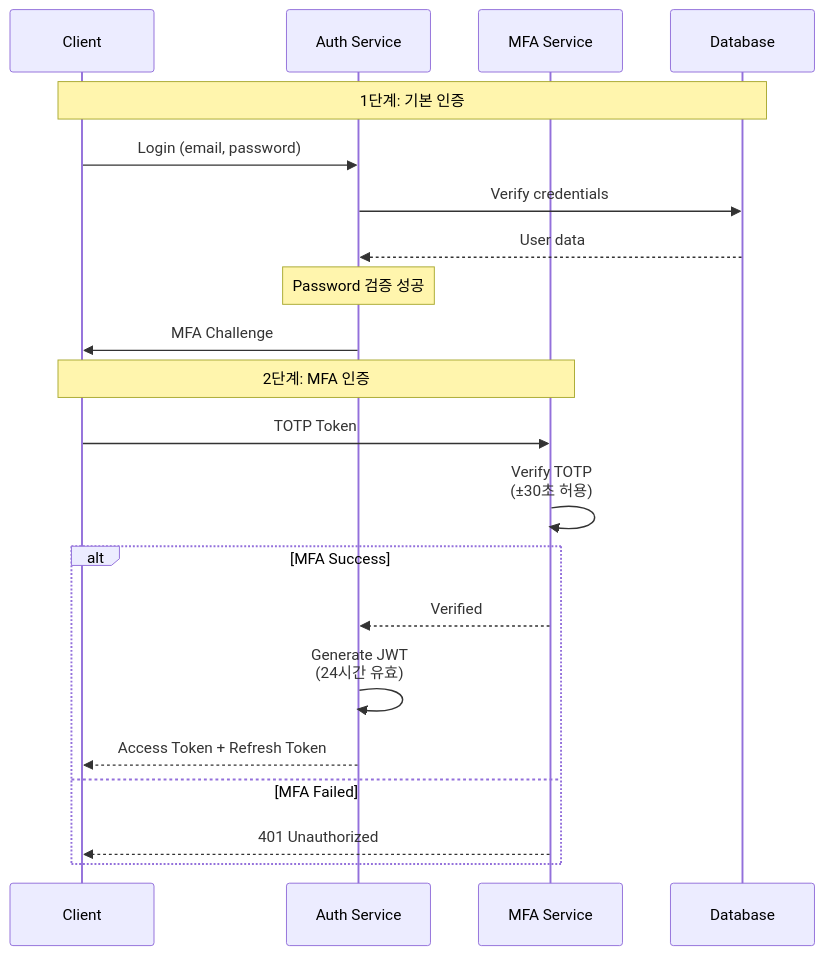
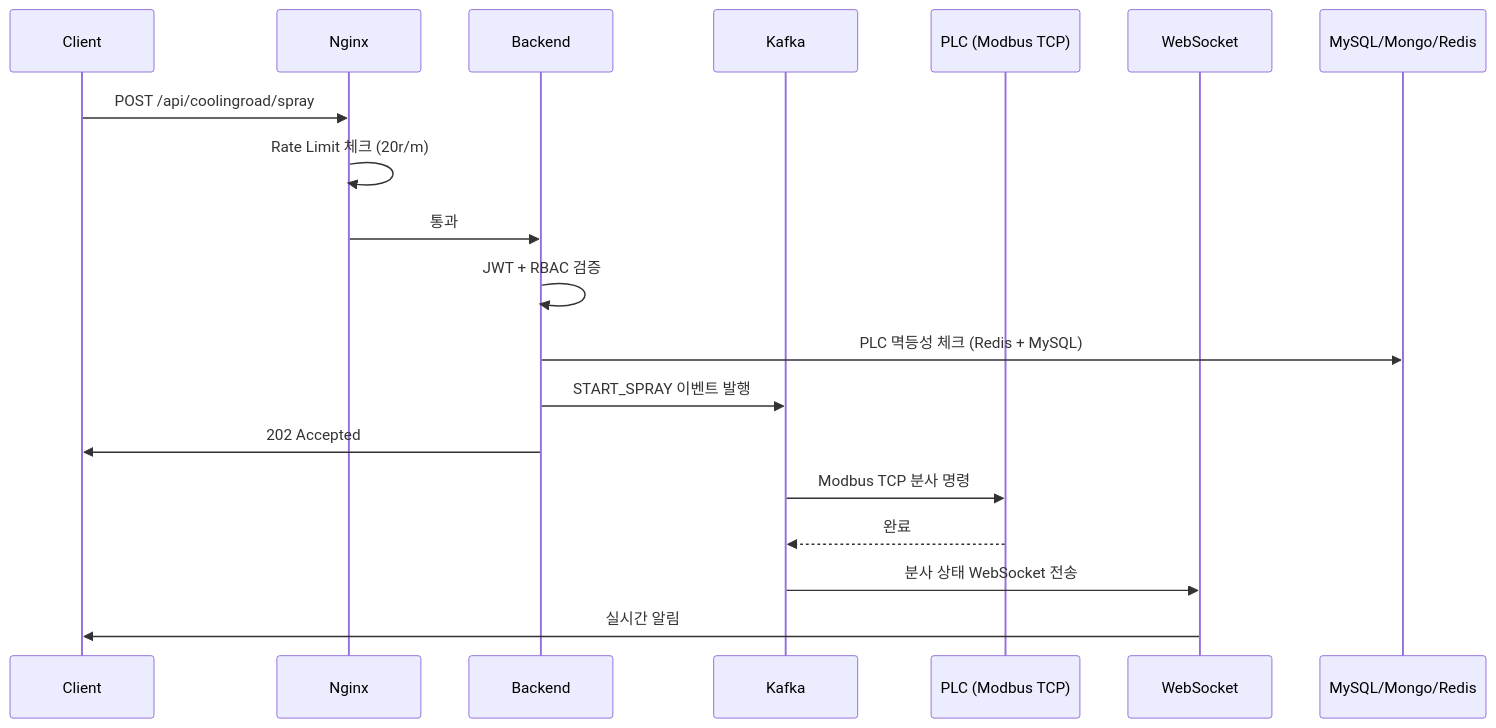
The sixth of 11 diagrams in README.md (1985jwlee/production-iot-backend), drawn with Mermaid before and after one commit. The commit also changed other lines of this file, not shown here.

````diff
--- a/README.md
+++ b/README.md
@@ -586,30 +267,22 @@
 ```mermaid
 sequenceDiagram
     participant C as Client
-    participant A as Auth Service
-    participant MFA as MFA Service
-    participant DB as Database
-    
-    Note over C,DB: 1단계: 기본 인증
-    
-    C->>A: Login (email, password)
-    A->>DB: Verify credentials
-    DB-->>A: User data
-    
-    Note over A: Password 검증 성공
-    
-    A->>C: MFA Challenge
-    
-    Note over C,MFA: 2단계: MFA 인증
-    
-    C->>MFA: TOTP Token
-    MFA->>MFA: Verify TOTP<br/>(±30초 허용)
-    
-    alt MFA Success
-        MFA-->>A: Verified
-        A->>A: Generate JWT<br/>(24시간 유효)
-        A-->>C: Access Token + Refresh Token
-    else MFA Failed
-        MFA-->>C: 401 Unauthorized
-    end
+    participant N as Nginx
+    participant B as Backend
+    participant K as Kafka
+    participant P as PLC (Modbus TCP)
+    participant W as WebSocket
+    participant DB as MySQL/Mongo/Redis
+
+    C->>N: POST /api/coolingroad/spray
+    N->>N: Rate Limit 체크 (20r/m)
+    N->>B: 통과
+    B->>B: JWT + RBAC 검증
+    B->>DB: PLC 멱등성 체크 (Redis + MySQL)
+    B->>K: START_SPRAY 이벤트 발행
+    B->>C: 202 Accepted
+    K->>P: Modbus TCP 분사 명령
+    P-->>K: 완료
+    K->>W: 분사 상태 WebSocket 전송
+    W->>C: 실시간 알림
 ```
````
